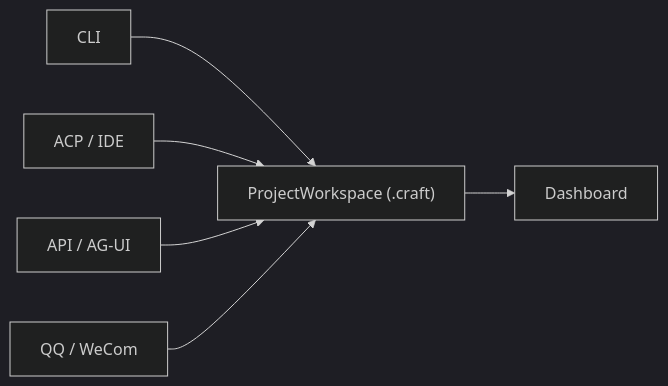
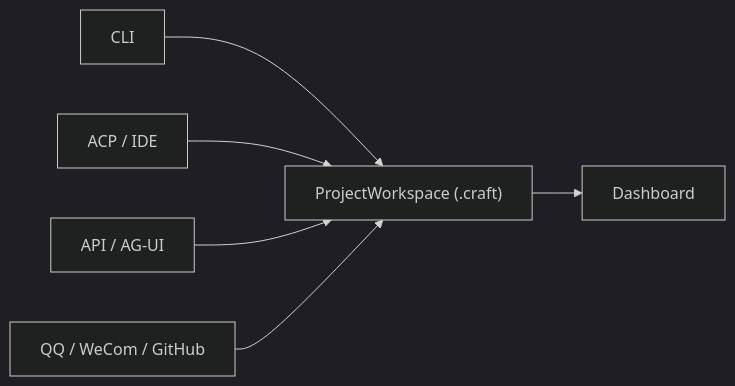
One commit to DotCraftDev/dotcraft changed the second of 2 diagrams in README_ZH.md. Above: the diagram before and after it, drawn with Mermaid (dark theme). The commit also changed other lines of this file and 37 other files, not shown here.

````diff
--- a/README_ZH.md
+++ b/README_ZH.md
@@ -120,15 +121,15 @@
 ```mermaid
 flowchart LR
     Cli["CLI"]
     Ide["ACP / IDE"]
     Api["API / AG-UI"]
-    Bots["QQ / WeCom"]
+    Bots["QQ / WeCom / GitHub"]
     Workspace["ProjectWorkspace (.craft)"]
     Dashboard["Dashboard"]
 
     Cli --> Workspace
     Ide --> Workspace
     Api --> Workspace
     Bots --> Workspace
     Workspace --> Dashboard
 ```
````
